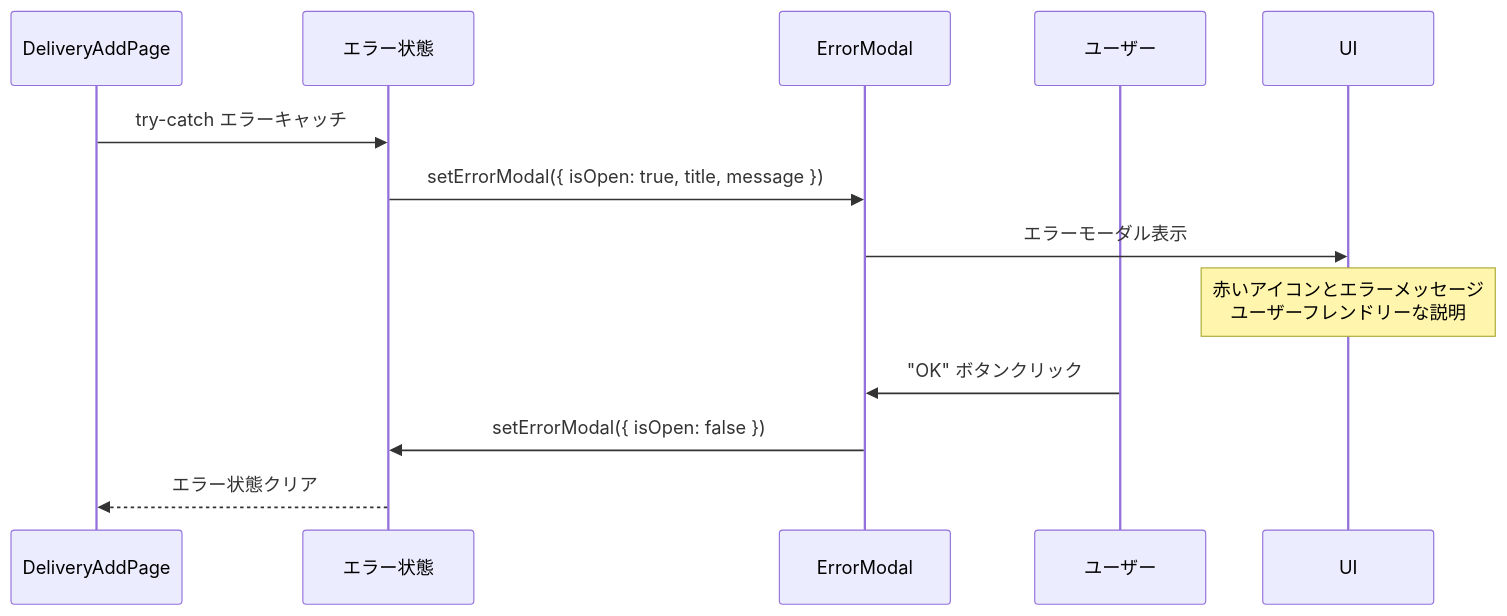
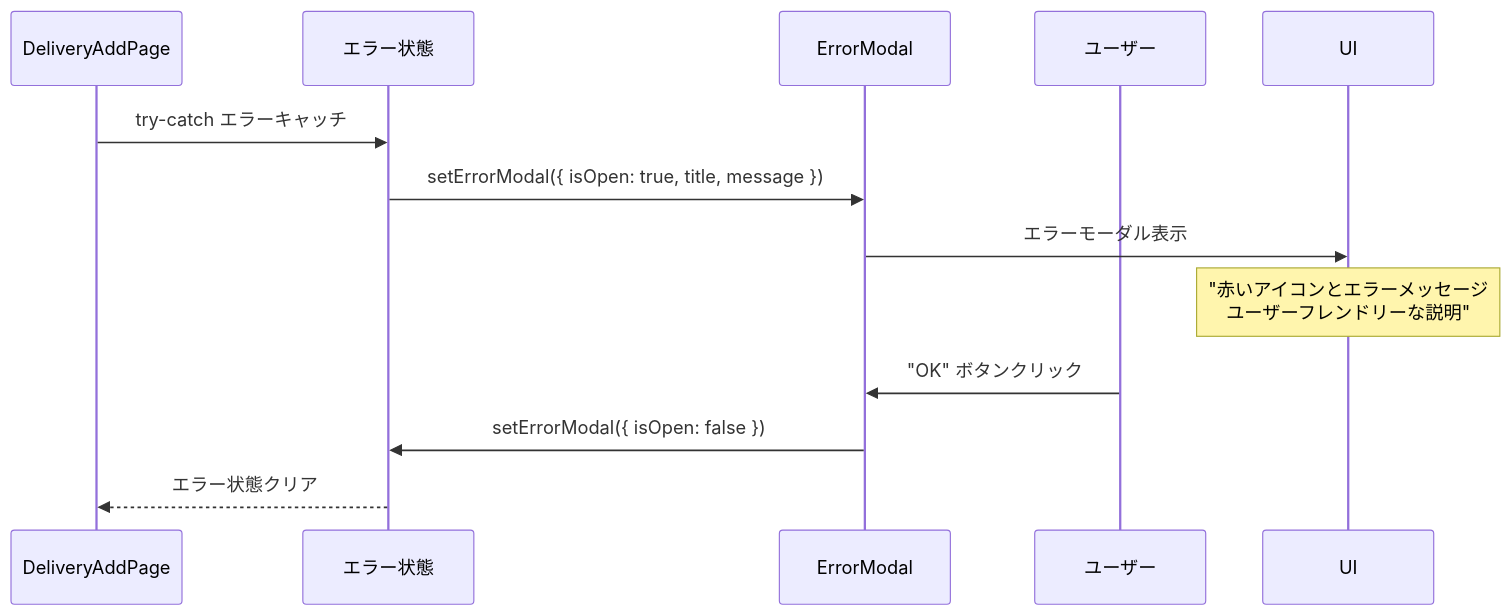
One commit to wasabi49/ocs-systemDevelopmentExercises changed the sixth of 12 diagrams in document/pages/sequence/DeliveryAdd.md. Above: the diagram before and after it, drawn with Mermaid. The commit also changed other lines of this file and 42 other files, not shown here.

First line of the commit message:
fix: mermaidシーケンス図のNote over文でダブルクォーテーション不足を修正

````diff
--- a/document/pages/sequence/DeliveryAdd.md
+++ b/document/pages/sequence/DeliveryAdd.md
@@ -126,17 +126,17 @@
 ```mermaid
 sequenceDiagram
     participant Page as DeliveryAddPage
     participant ErrorState as エラー状態
     participant ErrorModal as ErrorModal
     participant User as ユーザー
 
     Page->>ErrorState: try-catch エラーキャッチ
     ErrorState->>ErrorModal: setErrorModal({ isOpen: true, title, message })
     
     ErrorModal->>UI: エラーモーダル表示
-    Note over UI: 赤いアイコンとエラーメッセージ<br/>ユーザーフレンドリーな説明
+    Note over UI: "赤いアイコンとエラーメッセージ<br/>ユーザーフレンドリーな説明"
     
     User->>ErrorModal: "OK" ボタンクリック
     ErrorModal->>ErrorState: setErrorModal({ isOpen: false })
     ErrorState-->>Page: エラー状態クリア
 ```
````
